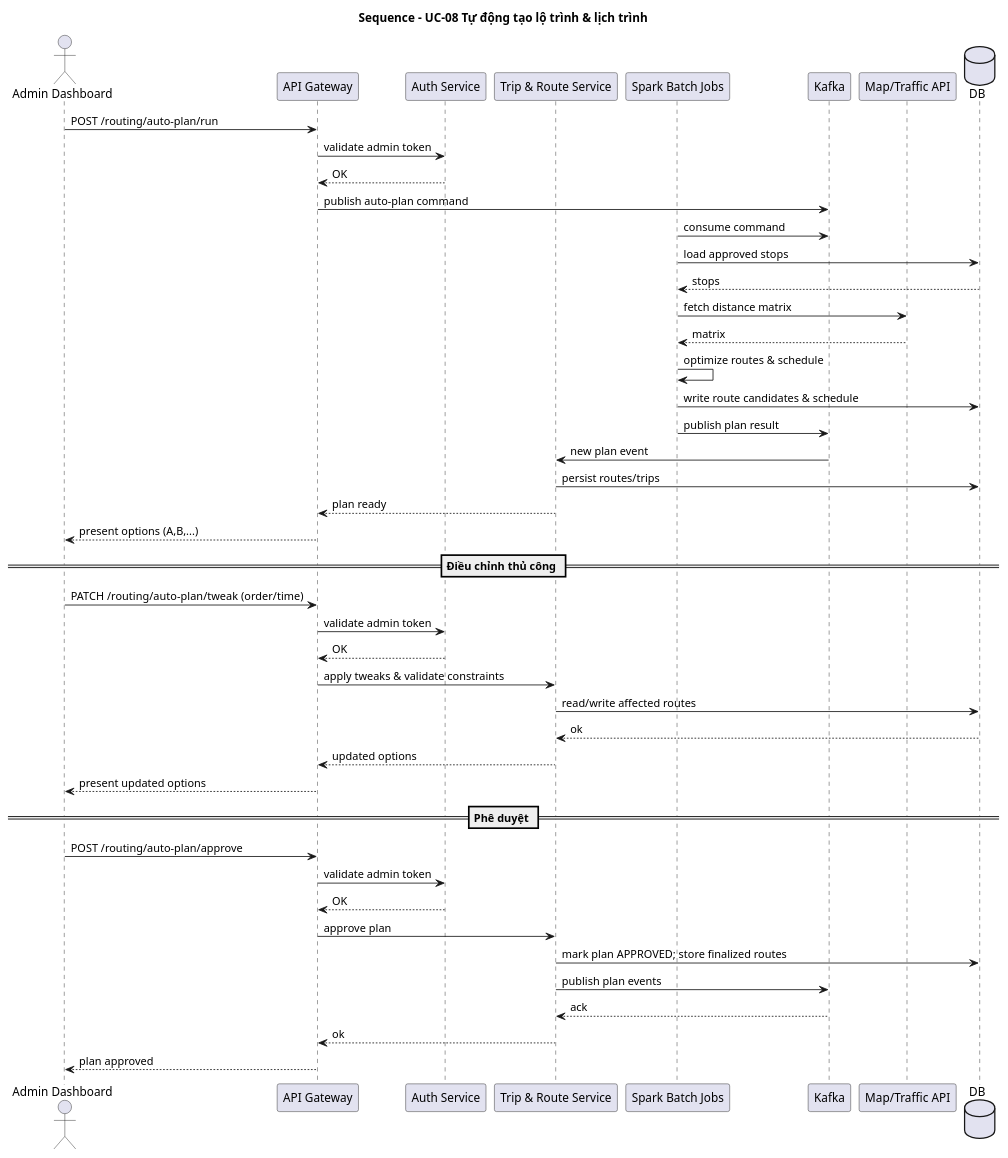
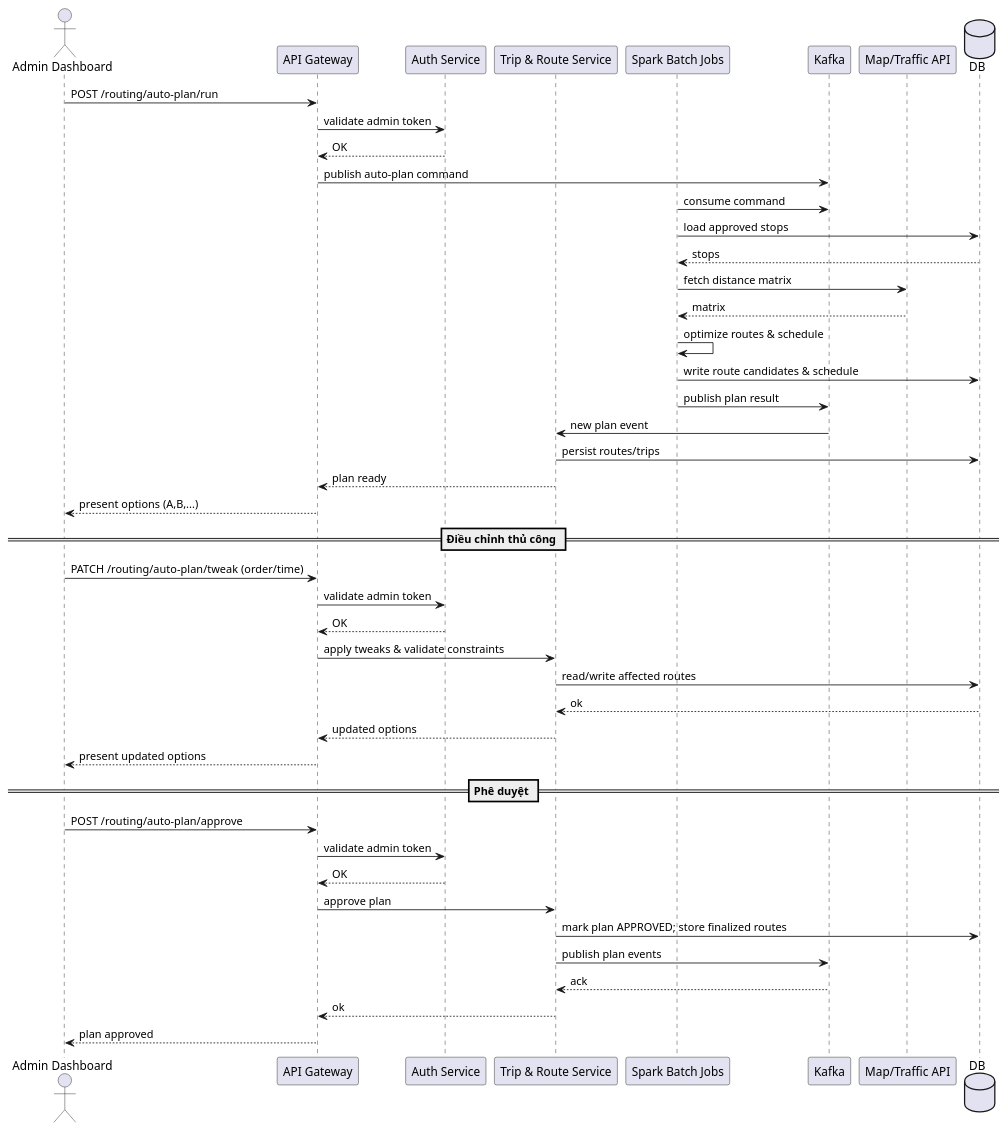
The diagram in docs/uml/sequence/sequence_uc08_auto_routing_and_scheduling.puml (phuongbv00/hust-bus-stop), drawn with PlantUML before and after one commit. The commit also changed 25 other files, not shown here.

Commit message:
docs: update diagrams

```diff
--- a/docs/uml/sequence/sequence_uc08_auto_routing_and_scheduling.puml
+++ b/docs/uml/sequence/sequence_uc08_auto_routing_and_scheduling.puml
@@ -1,54 +1,53 @@
 @startuml
-title Sequence - UC-08 Tự động tạo lộ trình & lịch trình
 actor "Admin Dashboard" as AdminUI
 participant "API Gateway" as API
 participant "Auth Service" as Auth
 participant "Trip & Route Service" as TripSvc
 participant "Spark Batch Jobs" as Spark
 participant "Kafka" as Kafka
 participant "Map/Traffic API" as MapAPI
 database "DB" as DB
 
 AdminUI -> API : POST /routing/auto-plan/run
 API -> Auth : validate admin token
 Auth --> API : OK
 API -> Kafka : publish auto-plan command
 
 Spark -> Kafka : consume command
 Spark -> DB : load approved stops
 DB --> Spark : stops
 Spark -> MapAPI : fetch distance matrix
 MapAPI --> Spark : matrix
 Spark -> Spark: optimize routes & schedule
 Spark -> DB : write route candidates & schedule
 Spark -> Kafka : publish plan result
 
 Kafka -> TripSvc : new plan event
 TripSvc -> DB : persist routes/trips
 TripSvc --> API : plan ready
 API --> AdminUI : present options (A,B,...)
 
 == Điều chỉnh thủ công ==
 AdminUI -> API : PATCH /routing/auto-plan/tweak (order/time)
 API -> Auth : validate admin token
 Auth --> API : OK
 API -> TripSvc : apply tweaks & validate constraints
 TripSvc -> DB : read/write affected routes
 DB --> TripSvc : ok
 TripSvc --> API : updated options
 API --> AdminUI : present updated options
 
 == Phê duyệt ==
 AdminUI -> API : POST /routing/auto-plan/approve
 API -> Auth : validate admin token
 Auth --> API : OK
 API -> TripSvc : approve plan
 TripSvc -> DB : mark plan APPROVED; store finalized routes
 TripSvc -> Kafka : publish plan events
 Kafka --> TripSvc : ack
 TripSvc --> API : ok
 API --> AdminUI : plan approved
 
 note over AdminUI
 end note
 @enduml
```
